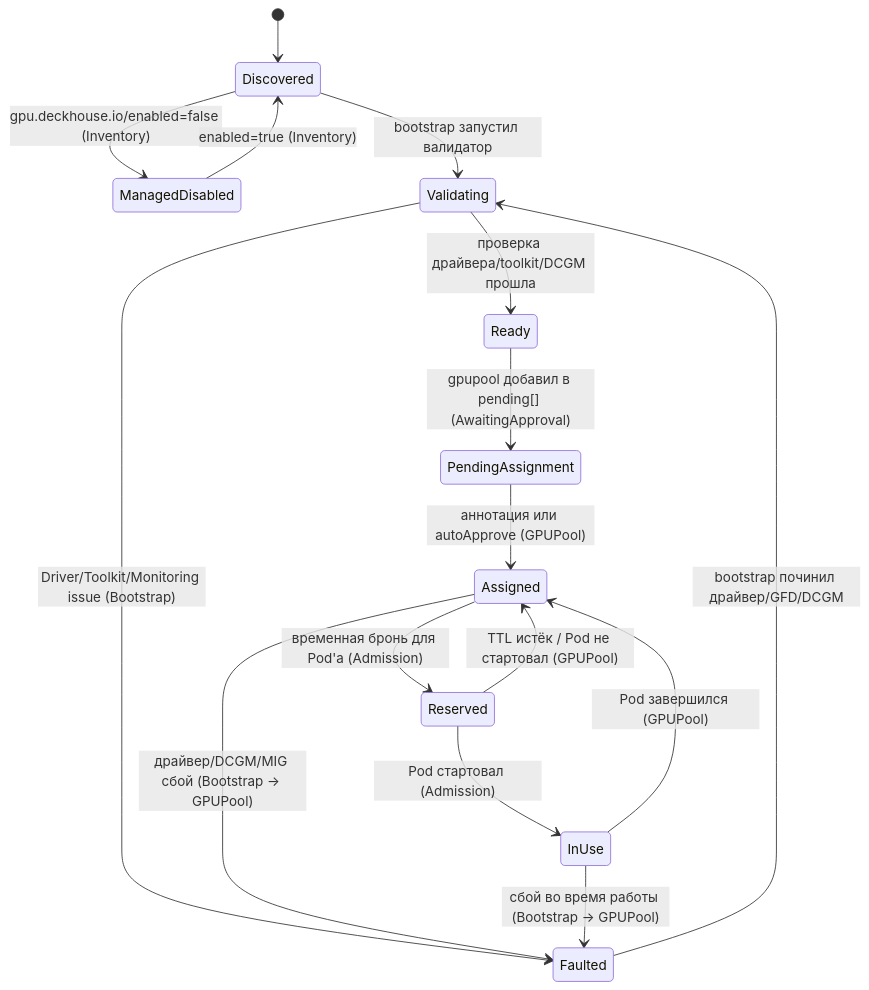
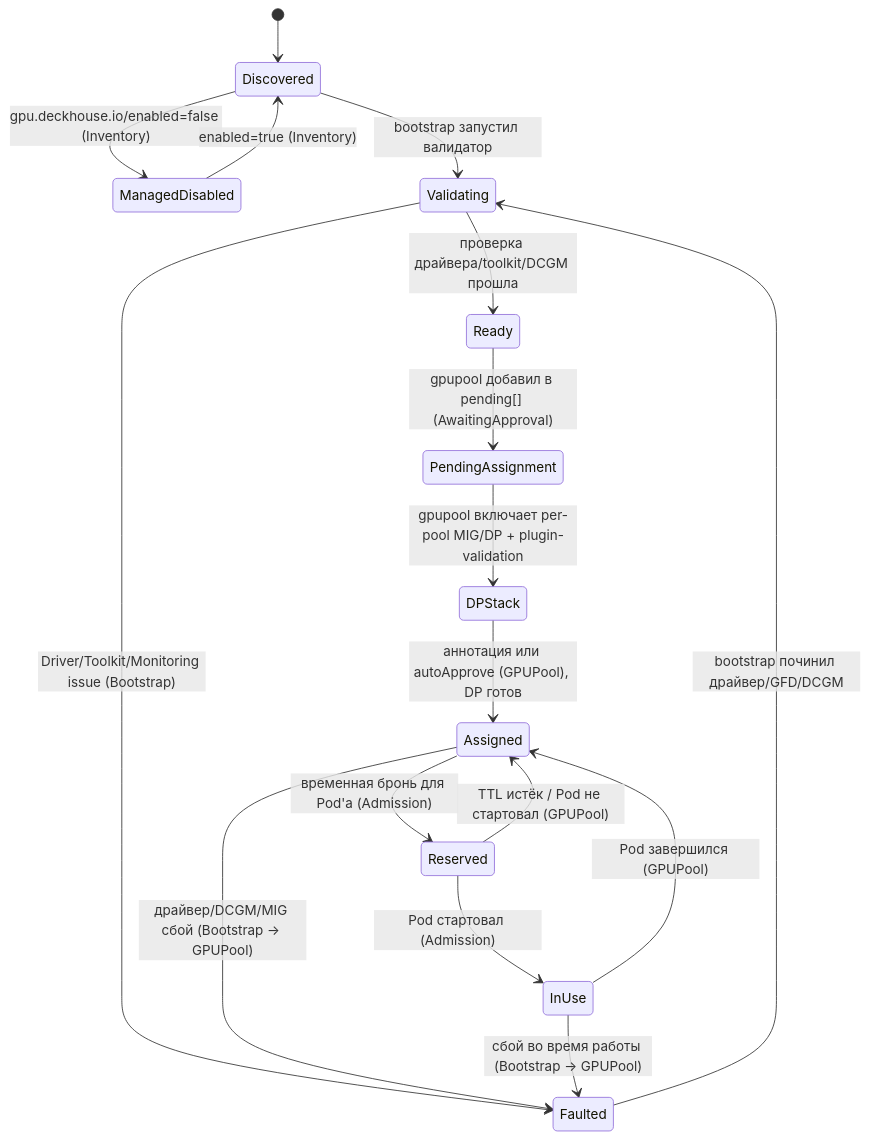
One commit to aleksandr-podmoskovniy/gpu-control-plane changed the fourth of 7 diagrams in docs/adr/ADR-gpu-control-plane.ru.md. Above: the diagram before and after it, drawn with Mermaid. The commit also changed other lines of this file and 23 other files, not shown here.

````diff
--- a/docs/adr/ADR-gpu-control-plane.ru.md
+++ b/docs/adr/ADR-gpu-control-plane.ru.md
@@ -849,18 +849,19 @@
 ```mermaid
 stateDiagram-v2
     [*] --> Discovered
     Discovered --> ManagedDisabled: gpu.deckhouse.io/enabled=false (Inventory)
     ManagedDisabled --> Discovered: enabled=true (Inventory)
     Discovered --> Validating: bootstrap запустил валидатор
     Validating --> Ready: проверка драйвера/toolkit/DCGM прошла
     Validating --> Faulted: Driver/Toolkit/Monitoring issue (Bootstrap)
     Faulted --> Validating: bootstrap починил драйвер/GFD/DCGM
     Ready --> PendingAssignment: gpupool добавил в pending[] (AwaitingApproval)
-    PendingAssignment --> Assigned: аннотация или autoApprove (GPUPool)
+    PendingAssignment --> DPStack: gpupool включает per-pool MIG/DP + plugin-validation
+    DPStack --> Assigned: аннотация или autoApprove (GPUPool), DP готов
     Assigned --> Reserved: временная бронь для Pod'а (Admission)
     Reserved --> InUse: Pod стартовал (Admission)
     Reserved --> Assigned: TTL истёк / Pod не стартовал (GPUPool)
     InUse --> Assigned: Pod завершился (GPUPool)
     Assigned --> Faulted: драйвер/DCGM/MIG сбой (Bootstrap → GPUPool)
     InUse --> Faulted: сбой во время работы (Bootstrap → GPUPool)
 ```
````
